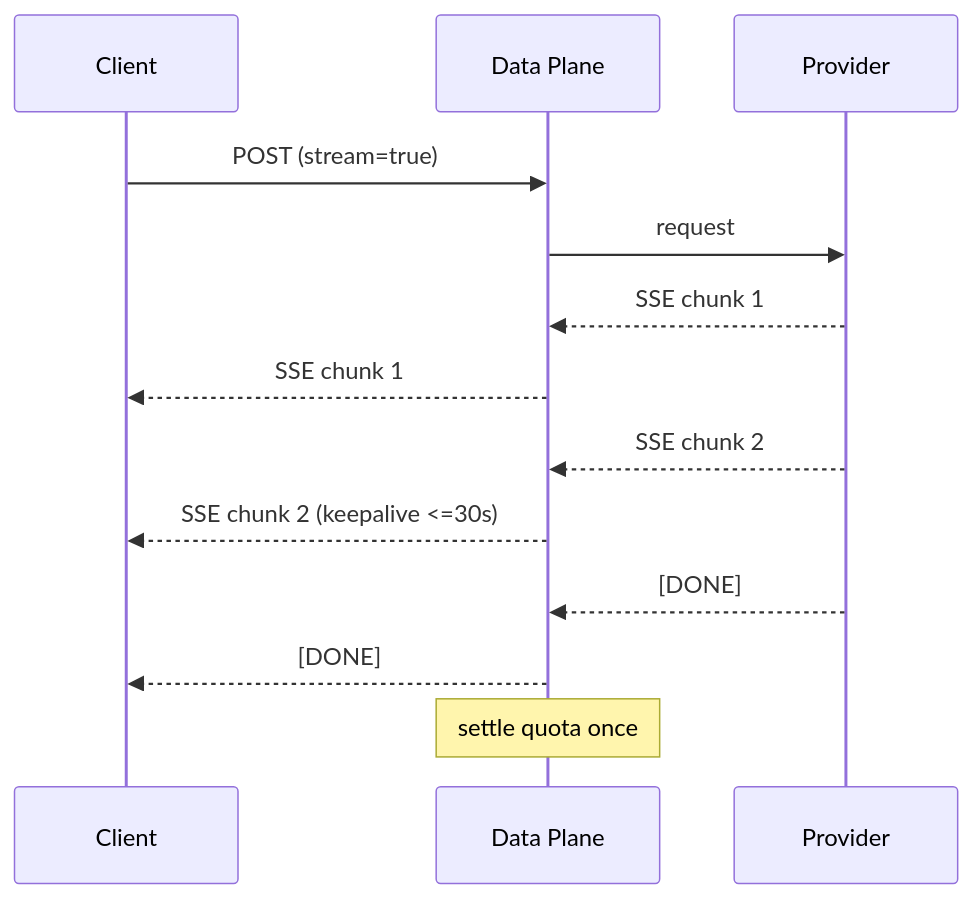
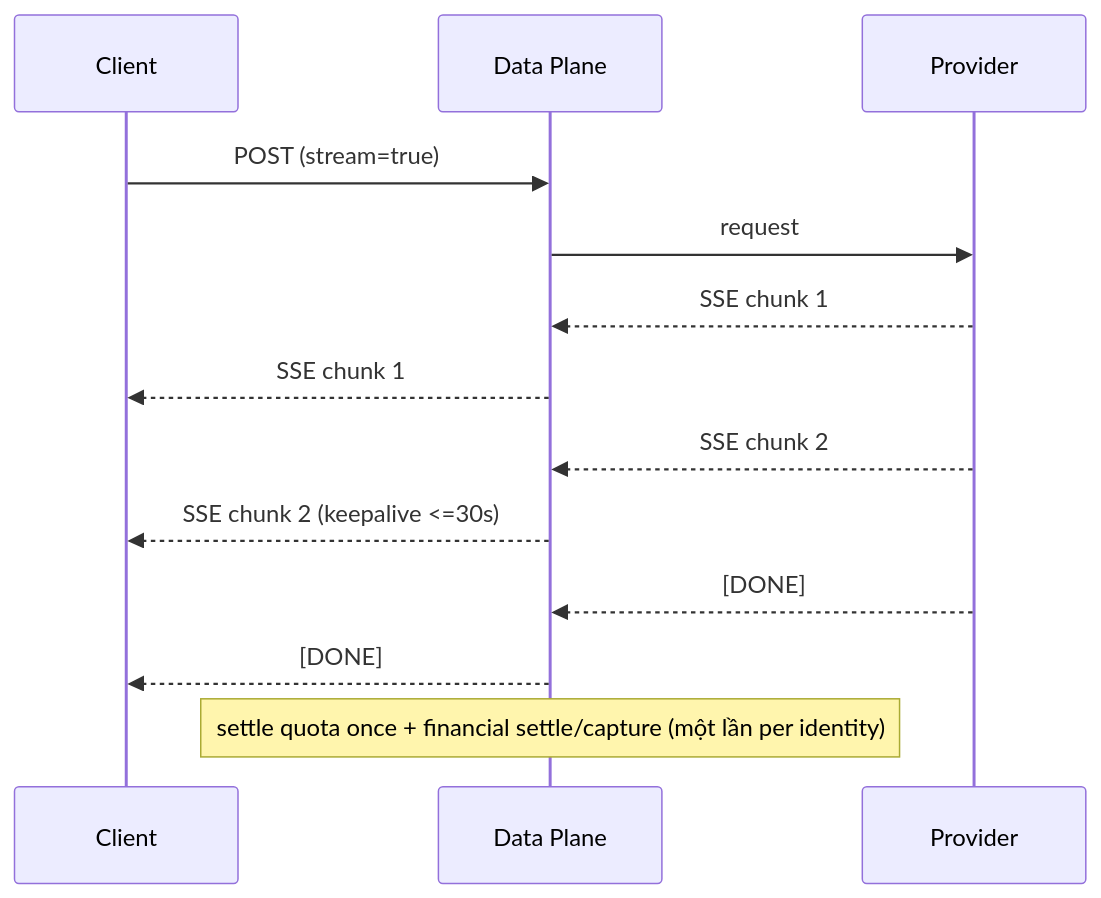
The fifth of 7 diagrams in docs/applications/llm-api/01-architecture.md (ecoma-io/ecoma), drawn with Mermaid before and after one commit. The commit also changed other lines of this file and 18 other files, not shown here.

````diff
--- a/docs/applications/llm-api/01-architecture.md
+++ b/docs/applications/llm-api/01-architecture.md
@@ -307,16 +346,16 @@
 ```mermaid
 sequenceDiagram
   participant C as Client
   participant DP as Data Plane
   participant P as Provider
 
   C->>DP: POST (stream=true)
   DP->>P: request
   P-->>DP: SSE chunk 1
   DP-->>C: SSE chunk 1
   P-->>DP: SSE chunk 2
   DP-->>C: SSE chunk 2 (keepalive <=30s)
   P-->>DP: [DONE]
   DP-->>C: [DONE]
-  Note over DP: settle quota once
+  Note over DP: settle quota once + financial settle/capture (một lần per identity)
 ```
````
